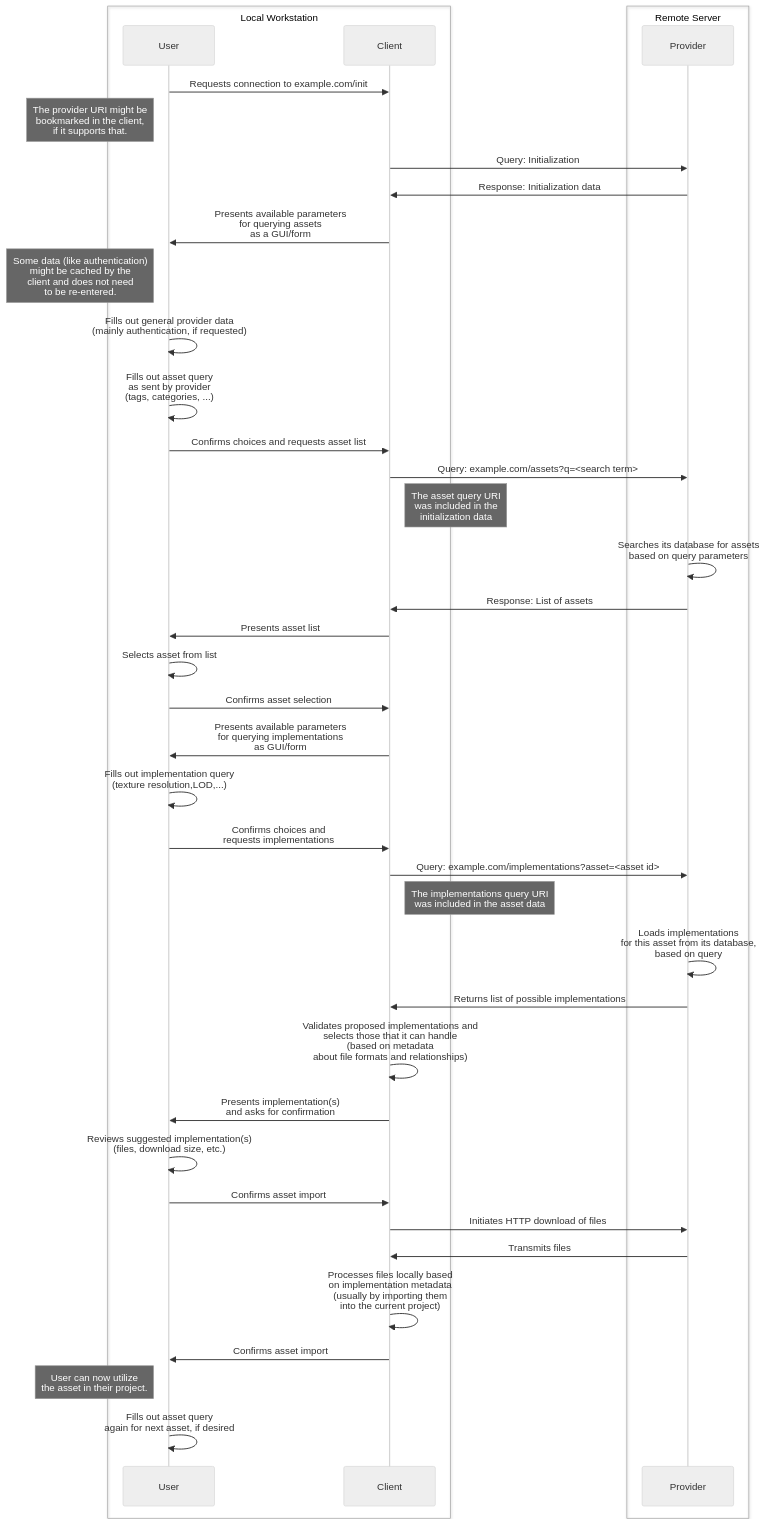
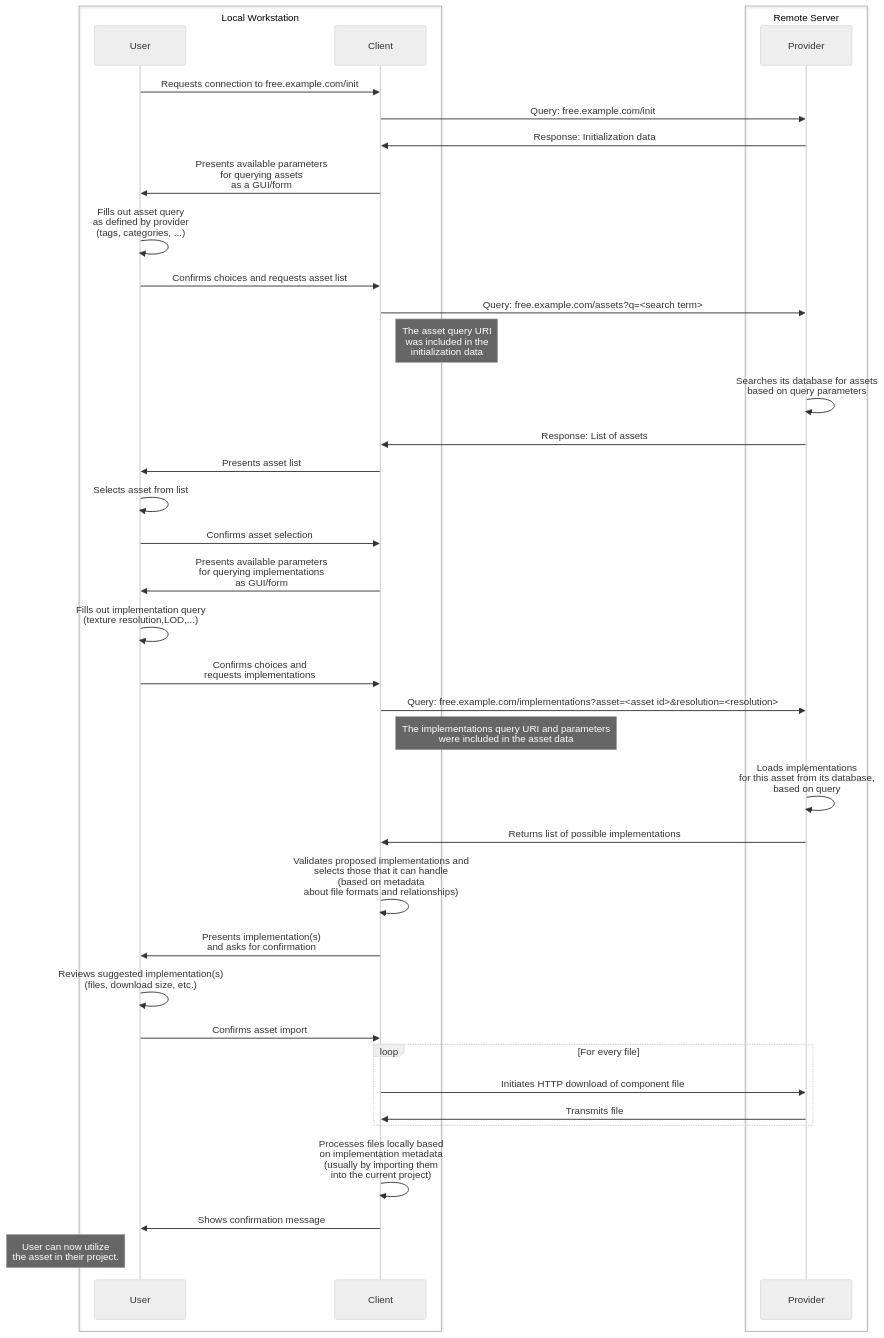
The first of 2 diagrams in spec.md (AssetFetch/spec), drawn with Mermaid (neutral theme) before and after one commit. The commit also changed other lines of this file, not shown here.

````diff
--- a/spec.md
+++ b/spec.md
@@ -159,47 +195,44 @@
 ```mermaid
 sequenceDiagram
 
 	box Local Workstation
 		participant User
 		participant Client
 	end
 	box Remote Server
 		participant Provider
 	end
 
-    User->>Client: Requests connection to example.com/init
-	note left of User: The provider URI might be<br>bookmarked in the client,<br>if it supports that.
-    Client->>Provider: Query: Initialization
+    User->>Client: Requests connection to free.example.com/init
+	Client->>Provider: Query: free.example.com/init
 	Provider->>Client: Response: Initialization data
 	Client->>User: Presents available parameters<br>for querying assets<br>as a GUI/form
-	note left of User: Some data (like authentication)<br>might be cached by the<br> client and does not need<br>to be re-entered. 
-	User->>User: Fills out general provider data<br>(mainly authentication, if requested)
 
-	User->>User: Fills out asset query<br>as sent by provider<br>(tags, categories, ...)
+	User->>User: Fills out asset query<br>as defined by provider<br>(tags, categories, ...)
 	User->>Client: Confirms choices and requests asset list
-	Client->>Provider: Query: example.com/assets?q=<search term>
+	Client->>Provider: Query: free.example.com/assets?q=<search term>
 	note right of Client: The asset query URI<br>was included in the<br>initialization data
 	Provider->>Provider: Searches its database for assets<br>based on query parameters
 	Provider->>Client: Response: List of assets
 	Client->>User: Presents asset list
 	User->>User: Selects asset from list
 	User->>Client: Confirms asset selection
-
 	Client->>User: Presents available parameters<br>for querying implementations<br>as GUI/form
 	User->>User: Fills out implementation query<br>(texture resolution,LOD,...)
 	User->>Client: Confirms choices and<br>requests implementations
-	Client->>Provider: Query: example.com/implementations?asset=<asset id>
-	note right of Client: The implementations query URI<br>was included in the asset data
+	Client->>Provider: Query: free.example.com/implementations?asset=<asset id>&resolution=<resolution>
+	note right of Client: The implementations query URI and parameters<br>were included in the asset data
 	Provider->>Provider: Loads implementations<br>for this asset from its database,<br>based on query
 	Provider->>Client: Returns list of possible implementations
 	Client->>Client: Validates proposed implementations and<br>selects those that it can handle<br>(based on metadata<br> about file formats and relationships)
 	Client->>User: Presents implementation(s)<br>and asks for confirmation
 	User->>User: Reviews suggested implementation(s)<br>(files, download size, etc.)
 	User->>Client: Confirms asset import
-	Client->>Provider: Initiates HTTP download of files
-	Provider->>Client: Transmits files
+	loop For every file
+		Client->>Provider: Initiates HTTP download of component file
+		Provider->>Client: Transmits file
+	end
 	Client->>Client: Processes files locally based<br>on implementation metadata<br>(usually by importing them<br>into the current project)
-	Client->>User: Confirms asset import
+	Client->>User: Shows confirmation message
 	note left of User: User can now utilize<br>the asset in their project.
-	User->>User: Fills out asset query<br>again for next asset, if desired
 ```
````
